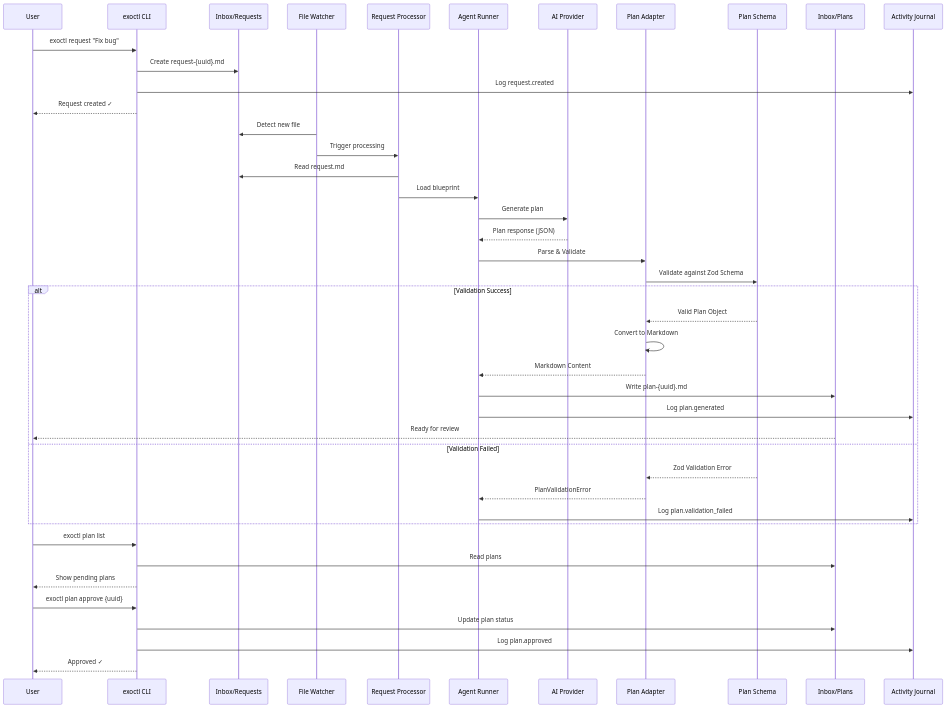
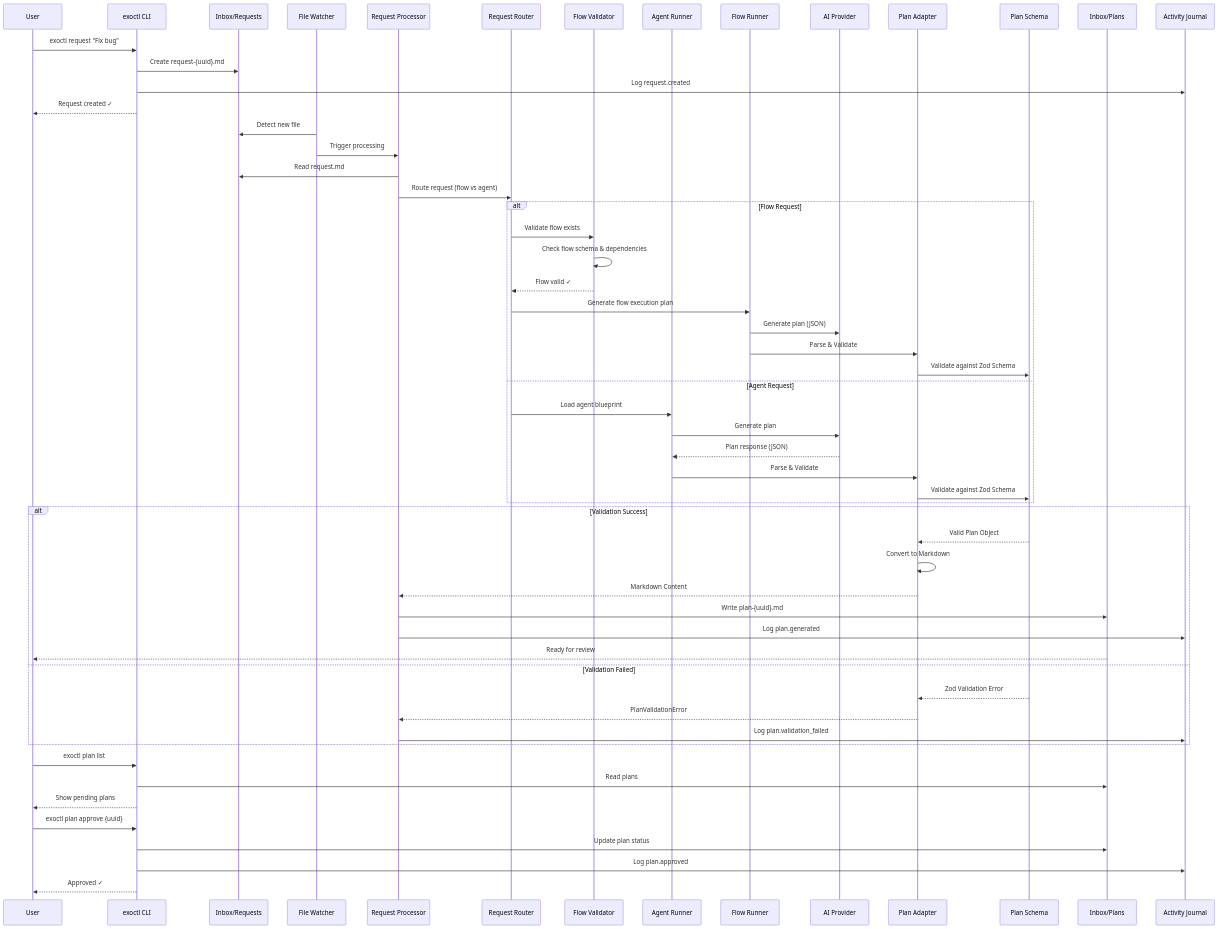
One commit to dostark/exoframe-public changed the second of 13 diagrams in docs/ExoFrame_Architecture.md. Above: the diagram before and after it, drawn with Mermaid. The commit also changed other lines of this file and 14 other files, not shown here.

First line of the commit message:
feat: Complete Flow Orchestration Phase 7 implementation

````diff
--- a/docs/ExoFrame_Architecture.md
+++ b/docs/ExoFrame_Architecture.md
@@ -162,51 +168,65 @@
 ```mermaid
 sequenceDiagram
     participant U as User
     participant CLI as exoctl CLI
     participant I as Inbox/Requests
     participant W as File Watcher
     participant RP as Request Processor
+    participant RR as Request Router
+    participant FV as Flow Validator
     participant AR as Agent Runner
+    participant FR as Flow Runner
     participant AI as AI Provider
     participant PA as Plan Adapter
     participant PS as Plan Schema
     participant P as Inbox/Plans
     participant DB as Activity Journal
 
     U->>CLI: exoctl request "Fix bug"
     CLI->>I: Create request-{uuid}.md
     CLI->>DB: Log request.created
     CLI-->>U: Request created ✓
 
     W->>I: Detect new file
     W->>RP: Trigger processing
     RP->>I: Read request.md
-    RP->>AR: Load blueprint
-    AR->>AI: Generate plan
-    AI-->>AR: Plan response (JSON)
+    RP->>RR: Route request (flow vs agent)
 
-    AR->>PA: Parse & Validate
-    PA->>PS: Validate against Zod Schema
+    alt Flow Request
+        RR->>FV: Validate flow exists
+        FV->>FV: Check flow schema & dependencies
+        FV-->>RR: Flow valid ✓
+        RR->>FR: Generate flow execution plan
+        FR->>AI: Generate plan (JSON)
+        FR->>PA: Parse & Validate
+        PA->>PS: Validate against Zod Schema
+    else Agent Request
+        RR->>AR: Load agent blueprint
+        AR->>AI: Generate plan
+        AI-->>AR: Plan response (JSON)
+        AR->>PA: Parse & Validate
+        PA->>PS: Validate against Zod Schema
+    end
 
     alt Validation Success
         PS-->>PA: Valid Plan Object
         PA->>PA: Convert to Markdown
-        PA-->>AR: Markdown Content
-        AR->>P: Write plan-{uuid}.md
-        AR->>DB: Log plan.generated
+        PA-->>RP: Markdown Content
+        RP->>P: Write plan-{uuid}.md
+        RP->>DB: Log plan.generated
         P-->>U: Ready for review
     else Validation Failed
         PS-->>PA: Zod Validation Error
-        PA-->>AR: PlanValidationError
-        AR->>DB: Log plan.validation_failed
+        PA-->>RP: PlanValidationError
+        RP->>DB: Log plan.validation_failed
     end
 
     U->>CLI: exoctl plan list
     CLI->>P: Read plans
     CLI-->>U: Show pending plans
 
     U->>CLI: exoctl plan approve {uuid}
     CLI->>P: Update plan status
     CLI->>DB: Log plan.approved
     CLI-->>U: Approved ✓
 ```
````
